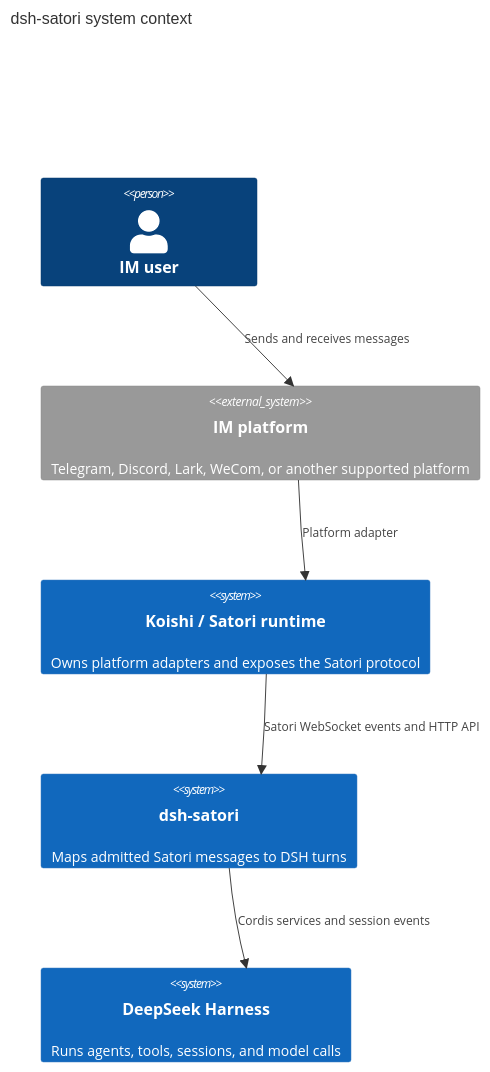
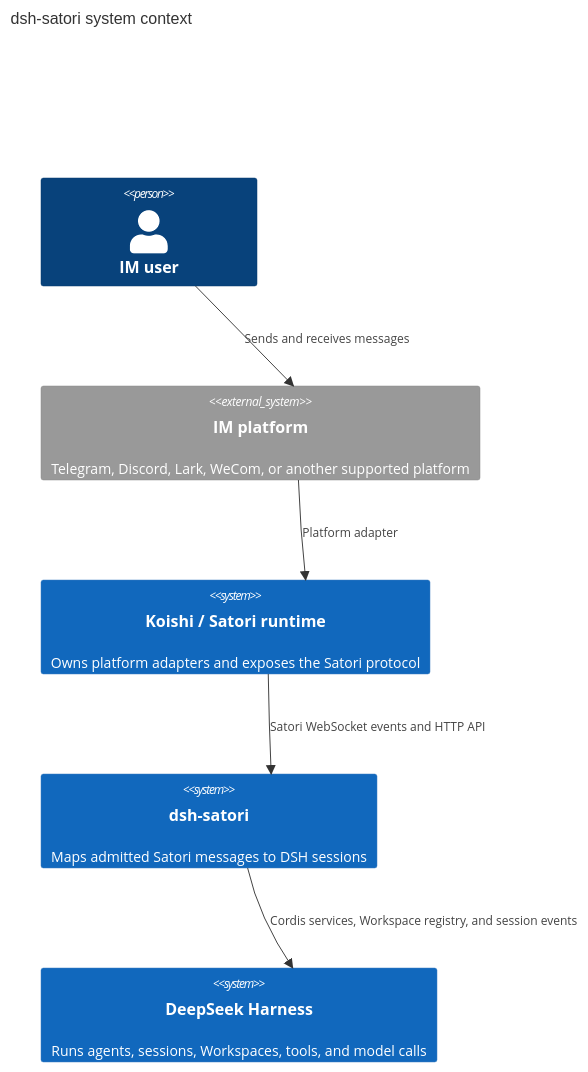
Before and after one commit to Ri0n72Y/dsh-satori: the first of 2 diagrams in docs/architecture.md, drawn with Mermaid. The commit also changed other lines of this file and 6 other files, not shown here.

Commit message:
docs: document Satori workspace configuration

````diff
--- a/docs/architecture.md
+++ b/docs/architecture.md
@@ -5,15 +5,15 @@
 ```mermaid
 C4Context
     title dsh-satori system context
 
     Person(user, "IM user")
     System_Ext(platform, "IM platform", "Telegram, Discord, Lark, WeCom, or another supported platform")
     System(satori, "Koishi / Satori runtime", "Owns platform adapters and exposes the Satori protocol")
-    System(dshSatori, "dsh-satori", "Maps admitted Satori messages to DSH turns")
-    System(dsh, "DeepSeek Harness", "Runs agents, tools, sessions, and model calls")
+    System(dshSatori, "dsh-satori", "Maps admitted Satori messages to DSH sessions")
+    System(dsh, "DeepSeek Harness", "Runs agents, sessions, Workspaces, tools, and model calls")
 
     Rel(user, platform, "Sends and receives messages")
     Rel(platform, satori, "Platform adapter")
     Rel(satori, dshSatori, "Satori WebSocket events and HTTP API")
-    Rel(dshSatori, dsh, "Cordis services and session events")
+    Rel(dshSatori, dsh, "Cordis services, Workspace registry, and session events")
 ```
````
